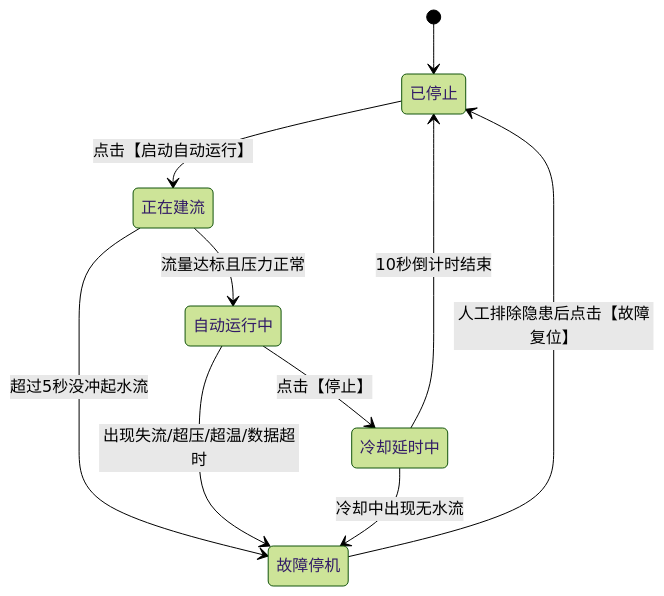
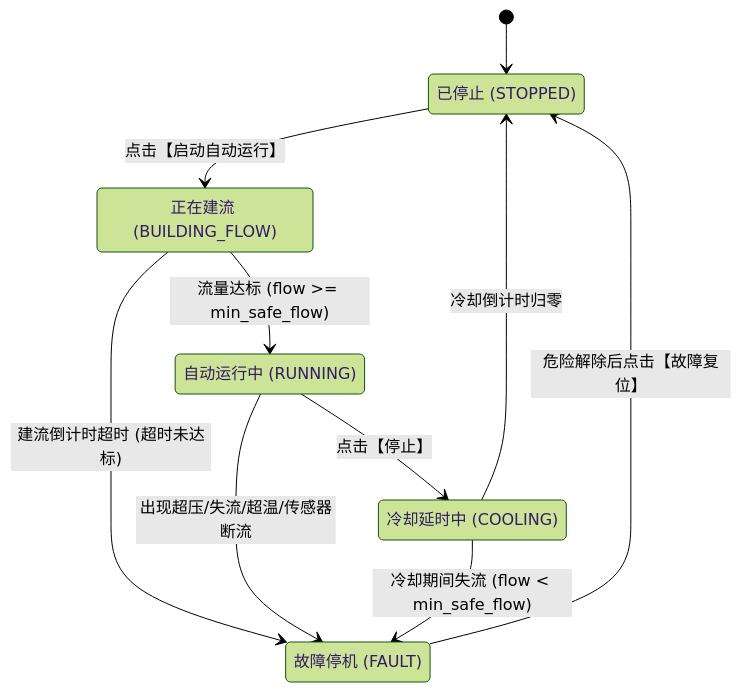
The diagram in 水循环控制与安全保护通俗指南.md (sin6626/26InterThing), drawn with Mermaid (forest theme) before and after one commit. The commit also changed other lines of this file, not shown here.

````diff
--- a/水循环控制与安全保护通俗指南.md
+++ b/水循环控制与安全保护通俗指南.md
@@ -45,12 +63,21 @@
 ```mermaid
 stateDiagram-v2
-    [*] --> 已停止
-    已停止 --> 正在建流 : 点击【启动自动运行】
-    正在建流 --> 自动运行中 : 流量达标且压力正常
-    正在建流 --> 故障停机 : 超过5秒没冲起水流
-    自动运行中 --> 冷却延时中 : 点击【停止】
-    自动运行中 --> 故障停机 : 出现失流/超压/超温/数据超时
-    冷却延时中 --> 已停止 : 10秒倒计时结束
-    冷却延时中 --> 故障停机 : 冷却中出现无水流
-    故障停机 --> 已停止 : 人工排除隐患后点击【故障复位】
+    STOPPED : 已停止 (STOPPED)
+    BUILDING_FLOW : 正在建流 (BUILDING_FLOW)
+    RUNNING : 自动运行中 (RUNNING)
+    COOLING : 冷却延时中 (COOLING)
+    FAULT : 故障停机 (FAULT)
+
+    [*] --> STOPPED
+    STOPPED --> BUILDING_FLOW : 点击【启动自动运行】
+    BUILDING_FLOW --> RUNNING : 流量达标 (flow >= min_safe_flow)
+    BUILDING_FLOW --> FAULT : 建流倒计时超时 (超时未达标)
+    
+    RUNNING --> COOLING : 点击【停止】
+    RUNNING --> FAULT : 出现超压/失流/超温/传感器断流
+    
+    COOLING --> STOPPED : 冷却倒计时归零
+    COOLING --> FAULT : 冷却期间失流 (flow < min_safe_flow)
+    
+    FAULT --> STOPPED : 危险解除后点击【故障复位】
 ```
````
